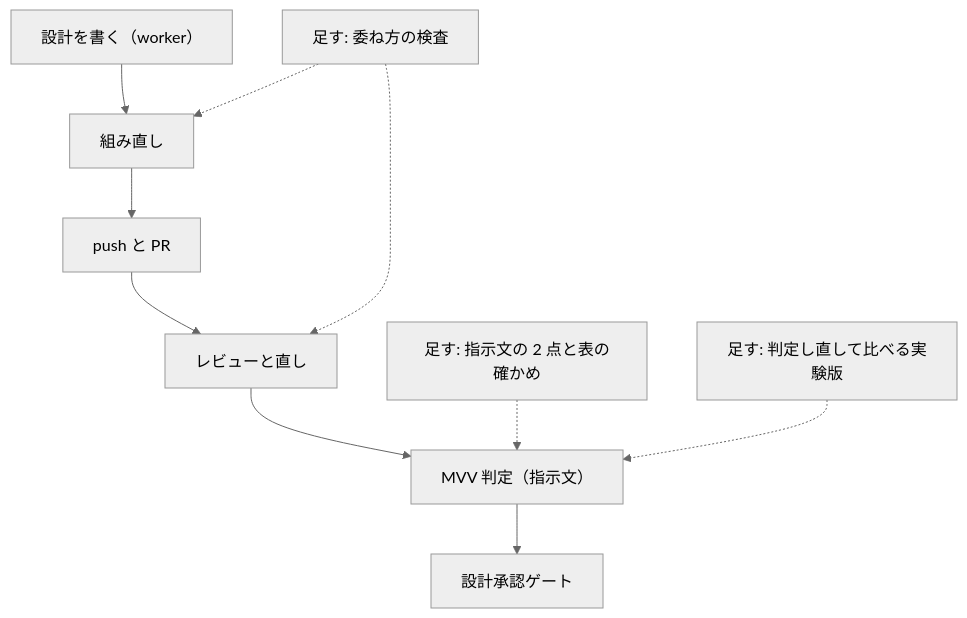
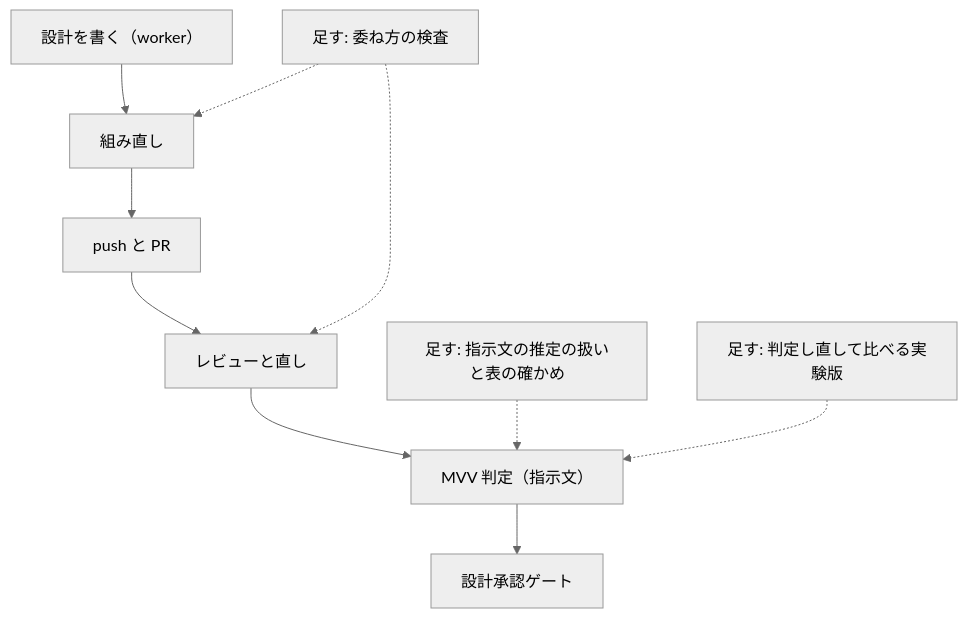
Before and after one commit to devbasex/ai-plugins: the first of 4 diagrams in issues/issue-2912-design.md, drawn with Mermaid (neutral theme). The commit also changed other lines of this file, not shown here.

````diff
--- a/issues/issue-2912-design.md
+++ b/issues/issue-2912-design.md
@@ -12,12 +12,12 @@
 ```mermaid
 graph TD
     A["設計を書く（worker）"] --> B["組み直し"]
     B --> C["push と PR"]
     C --> D["レビューと直し"]
     D --> E["MVV 判定（指示文）"]
     E --> F["設計承認ゲート"]
     X["足す: 委ね方の検査"] -.-> B
     X -.-> D
-    Y["足す: 指示文の 2 点と表の確かめ"] -.-> E
+    Y["足す: 指示文の推定の扱いと表の確かめ"] -.-> E
     Z["足す: 判定し直して比べる実験版"] -.-> E
 ```
````
